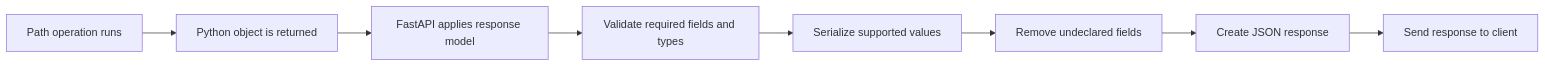
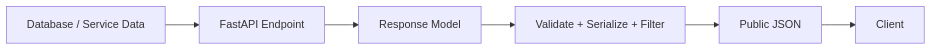
One commit to AvadhBhalodiya/Interview-Preparation changed the first of 5 diagrams in src/content/fastapi/response-models.md. Above: the diagram before and after it, drawn with Mermaid. The commit also changed other lines of this file and 80 other files, not shown here.

````diff
--- a/src/content/fastapi/response-models.md
+++ b/src/content/fastapi/response-models.md
@@ -21,10 +21,8 @@
 ```mermaid
 flowchart LR
-    A[Path operation runs] --> B[Python object is returned]
-    B --> C[FastAPI applies response model]
-    C --> D[Validate required fields and types]
-    D --> E[Serialize supported values]
-    E --> F[Remove undeclared fields]
-    F --> G[Create JSON response]
-    G --> H[Send response to client]
+    A[Database / Service Data] --> B[FastAPI Endpoint]
+    B --> C[Response Model]
+    C --> D[Validate + Serialize + Filter]
+    D --> E[Public JSON]
+    E --> F[Client]
 ```
````
